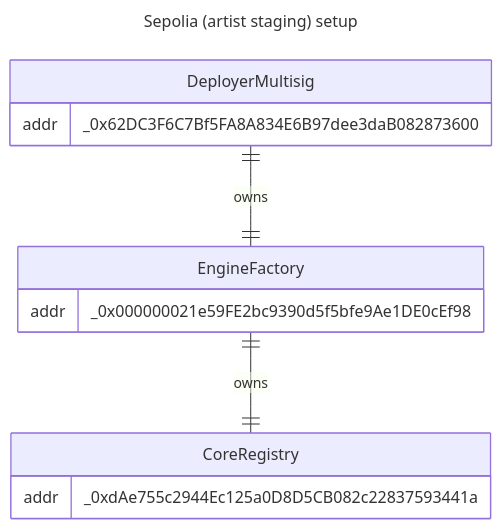
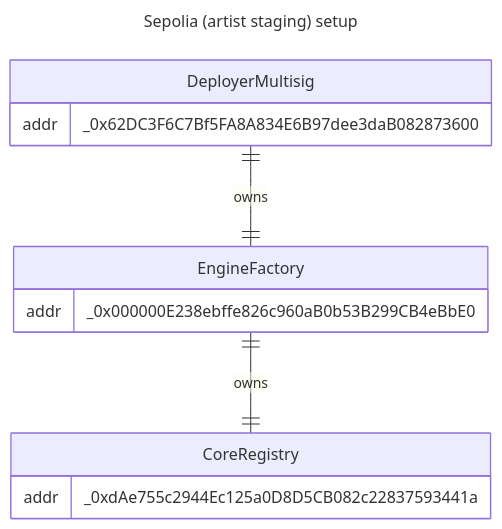
Before and after one commit to void-smith660/artblocks-contracts: the third of 4 diagrams in packages/contracts/INFRASTRUCTURE.md, drawn with Mermaid. The commit also changed other lines of this file and 8 other files, not shown here.

````diff
--- a/packages/contracts/INFRASTRUCTURE.md
+++ b/packages/contracts/INFRASTRUCTURE.md
@@ -69,17 +67,17 @@
 ```mermaid
 ---
 title: Sepolia (artist staging) setup
 ---
 erDiagram
     DeployerMultisig ||--|| EngineFactory : owns
     EngineFactory ||--|| CoreRegistry : owns
     DeployerMultisig {
         addr _0x62DC3F6C7Bf5FA8A834E6B97dee3daB082873600
     }
     EngineFactory {
-        addr _0x000000021e59FE2bc9390d5f5bfe9Ae1DE0cEf98
+        addr _0x000000E238ebffe826c960aB0b53B299CB4eBbE0
     }
     CoreRegistry {
         addr _0xdAe755c2944Ec125a0D8D5CB082c22837593441a
     }
 ```
````
